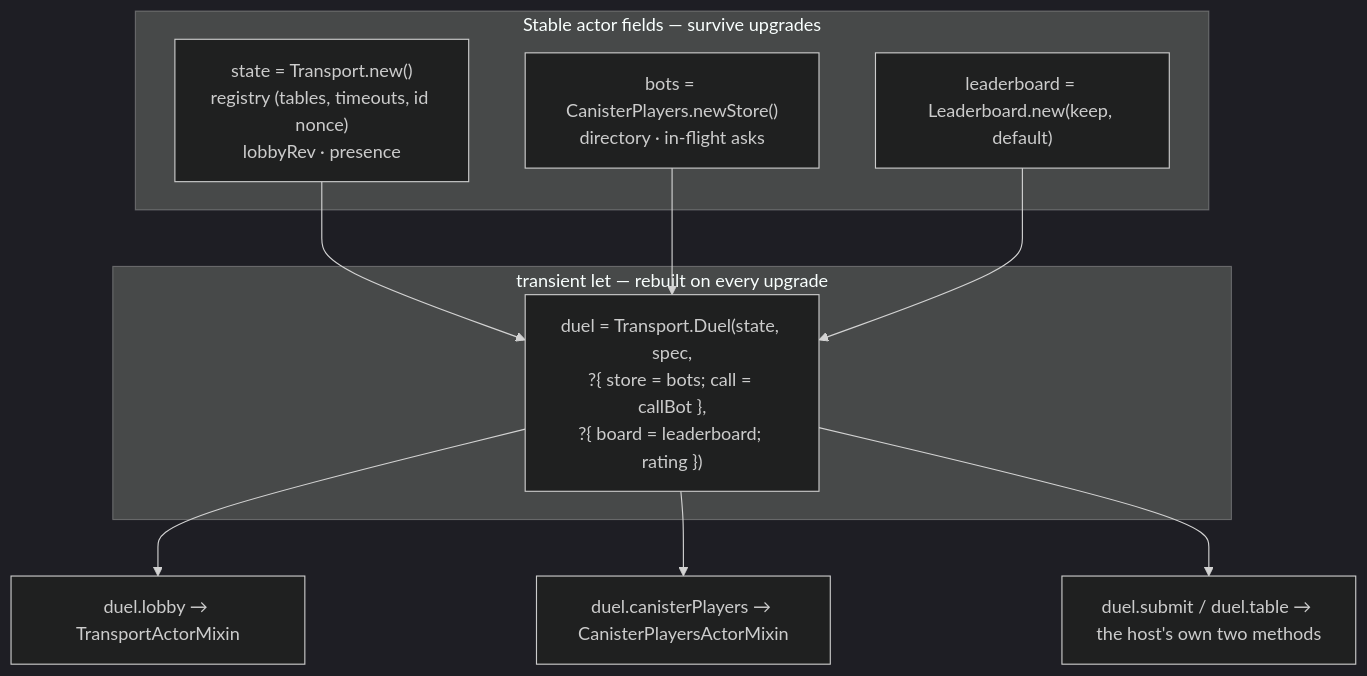
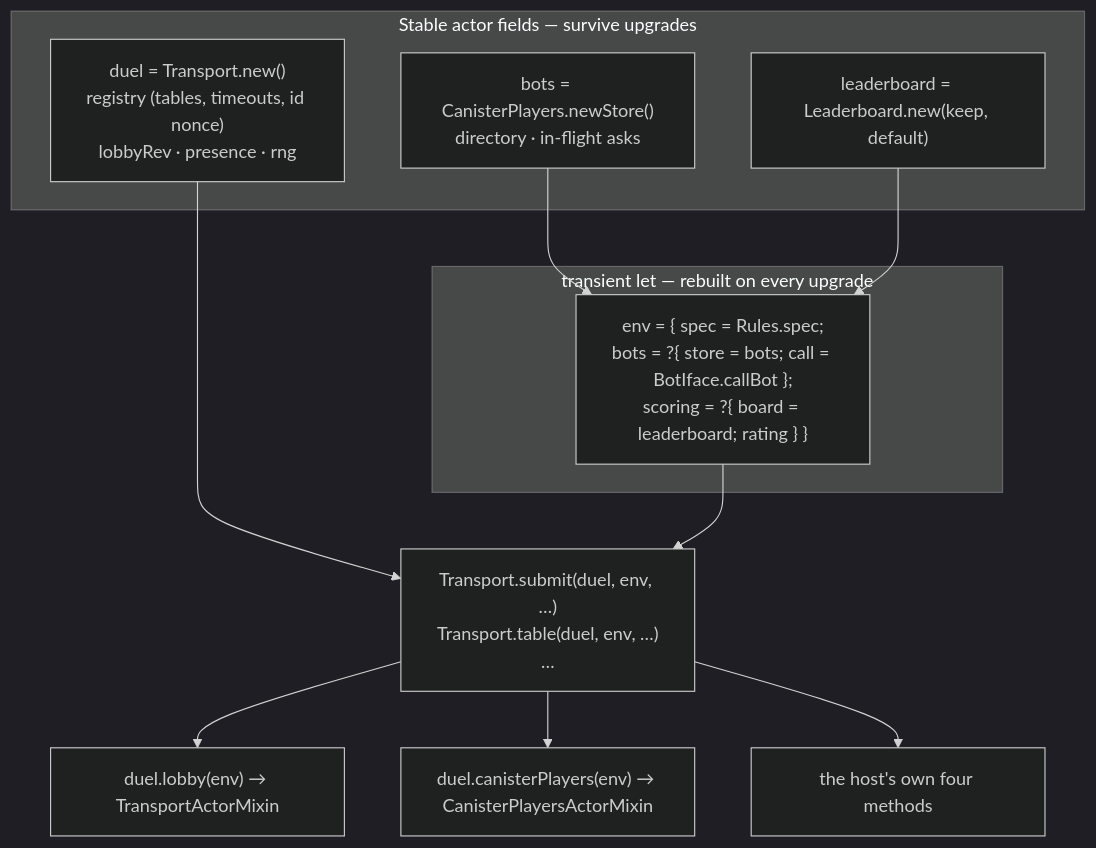
Before and after one commit to research-ag/duel-core: the third of 9 diagrams in DESIGN.md, drawn with Mermaid (dark theme). The commit also changed other lines of this file and 23 other files, not shown here.

````diff
--- a/DESIGN.md
+++ b/DESIGN.md
@@ -107,17 +178,18 @@
 ```mermaid
 flowchart TB
   subgraph stable["Stable actor fields — survive upgrades"]
-    st["state = Transport.new()<br/>registry (tables, timeouts, id nonce)<br/>lobbyRev · presence"]
+    st["duel = Transport.new()<br/>registry (tables, timeouts, id nonce)<br/>lobbyRev · presence · rng"]
     bots["bots = CanisterPlayers.newStore()<br/>directory · in-flight asks"]
     lb["leaderboard = Leaderboard.new(keep, default)"]
   end
   subgraph transient["transient let — rebuilt on every upgrade"]
-    duelc["duel = Transport.Duel(state, spec,<br/>?{ store = bots; call = callBot },<br/>?{ board = leaderboard; rating })"]
+    envr["env = { spec = Rules.spec;<br/>bots = ?{ store = bots; call = BotIface.callBot };<br/>scoring = ?{ board = leaderboard; rating } }"]
   end
-  st --> duelc
-  bots --> duelc
-  lb --> duelc
-  duelc --> lobby["duel.lobby → TransportActorMixin"]
-  duelc --> cp["duel.canisterPlayers → CanisterPlayersActorMixin"]
-  duelc --> own["duel.submit / duel.table → the host's own two methods"]
+  bots --> envr
+  lb --> envr
+  st --> fns["Transport.submit(duel, env, …)<br/>Transport.table(duel, env, …)<br/>…"]
+  envr --> fns
+  fns --> lobby["duel.lobby(env) → TransportActorMixin"]
+  fns --> cp["duel.canisterPlayers(env) → CanisterPlayersActorMixin"]
+  fns --> own["the host's own four methods"]
 ```
````
